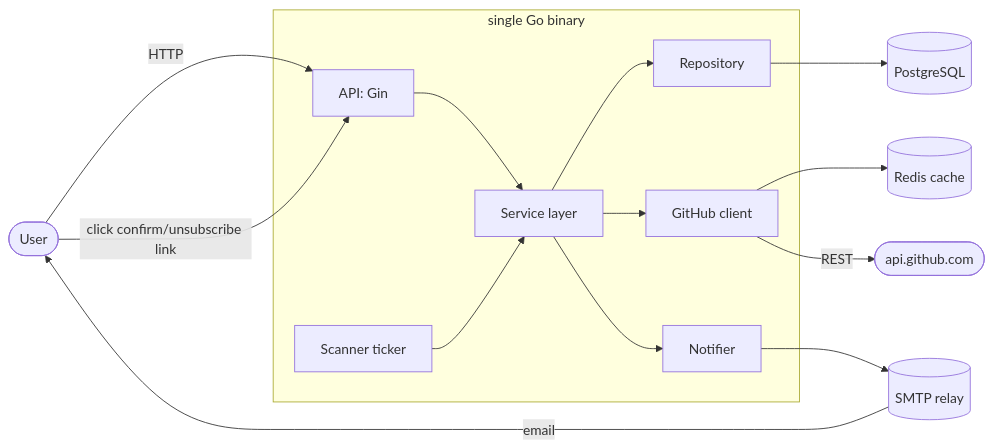
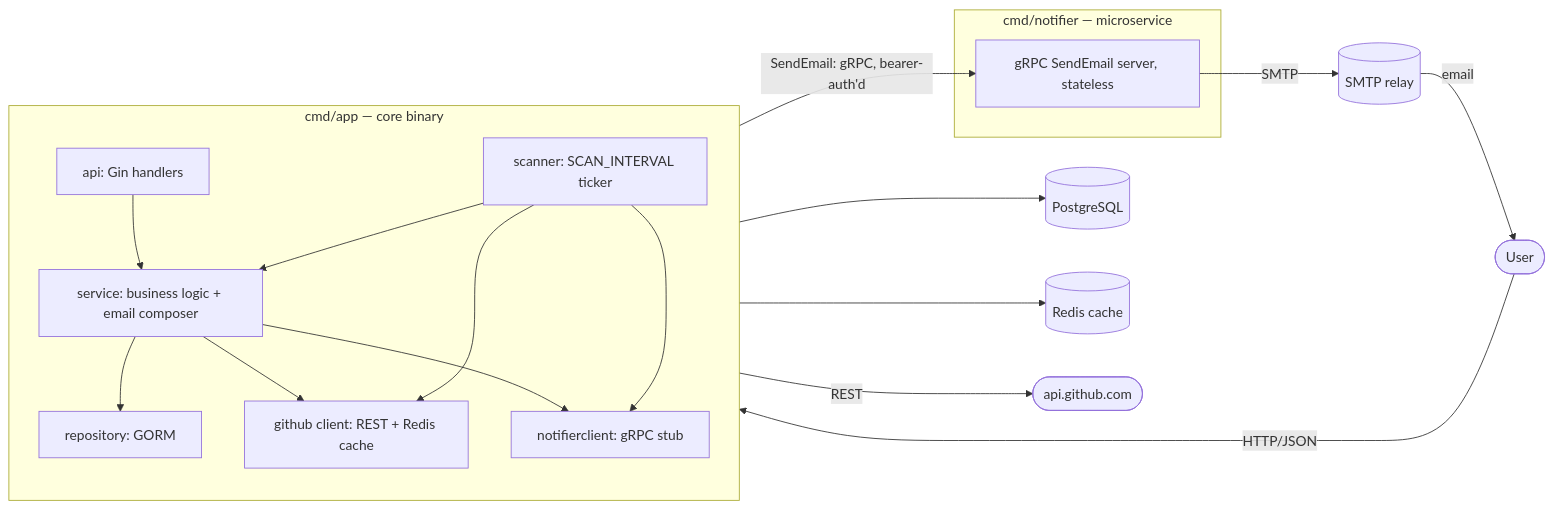
One commit to GenesisEducationKyiv/software-engineering-school-6-0-Andriy-Sydorenko changed the first of 5 diagrams in docs/system-design.md. Above: the diagram before and after it, drawn with Mermaid. The commit also changed other lines of this file and 2 other files, not shown here.

Commit message:
docs(architecture): Draw current architecture + enforce layering via dependency tests

````diff
--- a/docs/system-design.md
+++ b/docs/system-design.md
@@ -52,19 +52,33 @@
 ```mermaid
 flowchart LR
-    User([User]) -->|HTTP| API[API: Gin]
-    User -->|click confirm/unsubscribe link| API
-    SMTP[(SMTP relay)] -->|email| User
+    User([User])
 
-    subgraph App [single Go binary]
-      API --> Service[Service layer]
-      Scanner[Scanner ticker] --> Service
-      Service --> Repo[Repository]
-      Service --> GH[GitHub client]
-      Service --> Notifier[Notifier]
+    subgraph core [cmd/app — core binary]
+      direction TB
+      API[api: Gin handlers]
+      SVC[service: business logic + email composer]
+      SCAN[scanner: SCAN_INTERVAL ticker]
+      REPO[repository: GORM]
+      NC[notifierclient: gRPC stub]
+      GH[github client: REST + Redis cache]
+      API --> SVC
+      SCAN --> SVC
+      SVC --> REPO
+      SVC --> GH
+      SCAN --> GH
+      SVC --> NC
+      SCAN --> NC
     end
 
-    Repo --> PG[(PostgreSQL)]
+    subgraph notifier [cmd/notifier — microservice]
+      NS[gRPC SendEmail server, stateless]
+    end
+
+    User -->|HTTP/JSON| API
+    REPO --> PG[(PostgreSQL)]
     GH --> Cache[(Redis cache)]
     GH -->|REST| GitHub([api.github.com])
-    Notifier --> SMTP
+    NC -->|SendEmail: gRPC, bearer-auth'd| NS
+    NS -->|SMTP| SMTP[(SMTP relay)]
+    SMTP -->|email| User
 ```
````
